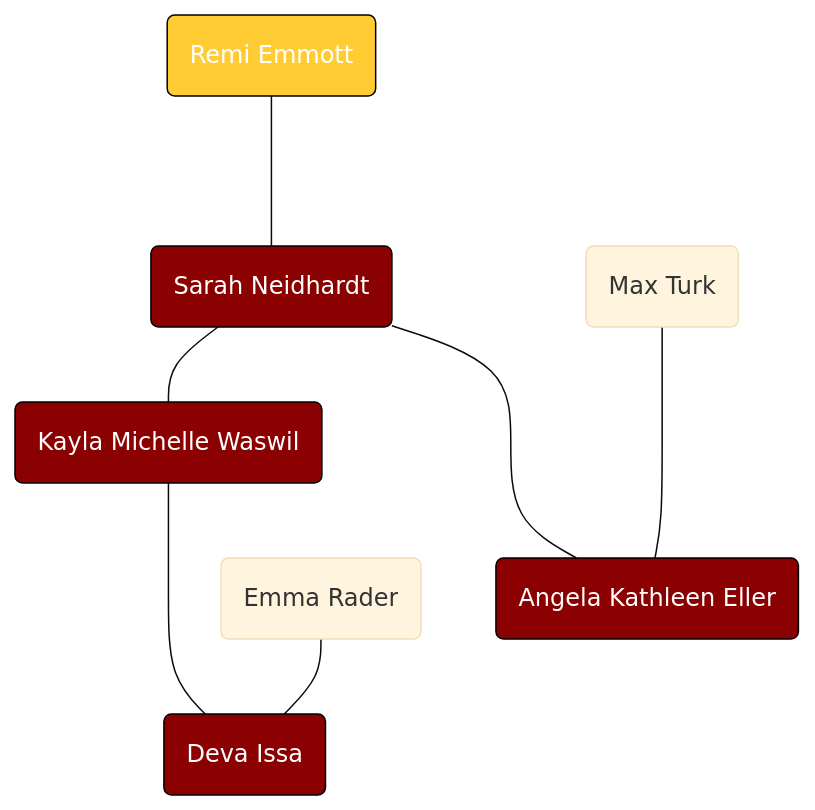
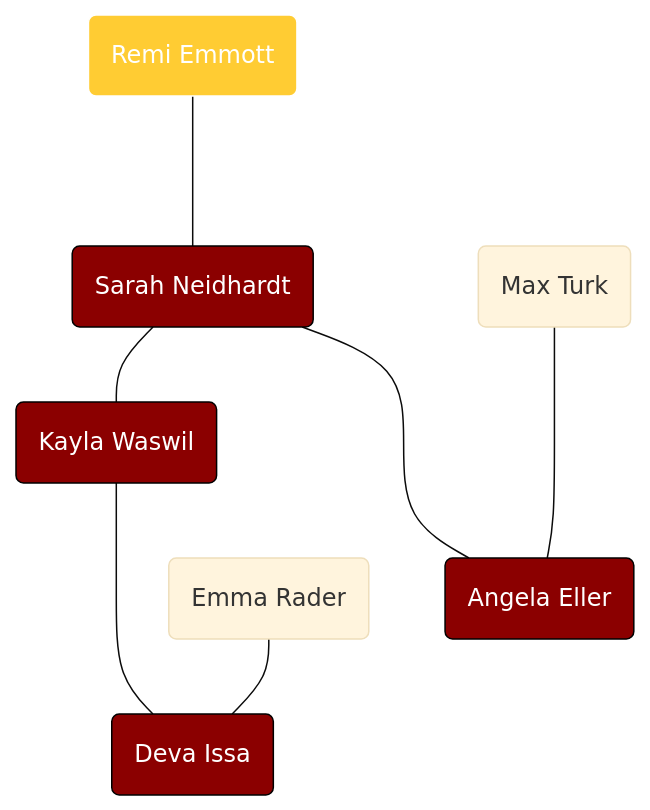
One commit to gianlezotte/familytree changed the diagram in Remi Emmott’s Line.md. Above: the diagram before and after it, drawn with Mermaid (base theme). The commit also changed 19 other files, not shown here.

````diff
--- a/Remi Emmott’s Line.md
+++ b/Remi Emmott’s Line.md
@@ -1,25 +1,25 @@
 ```mermaid
 flowchart TD
 
 %% Colors %%
 
 classDef red fill:#8B0000,stroke:#000,color:#FFF
-classDef gold fill:#FFCC33,stroke:#000,color:#FFF
+classDef gold fill:#FFCC33,stroke:#FFF,color:#FFF
 
 %% Remi Emmott's Line %%
 M229("Remi Emmott"):::gold
 M229----M247
 M247("Sarah Neidhardt"):::red
 M247---M261
 M247----M282
-M261("Kayla Michelle Waswil"):::red
+M261("Kayla Waswil"):::red
 M261----M305
-M282("Angela Kathleen Eller"):::red
+M282("Angela Eller"):::red
 M305("Deva Issa"):::red
 
 %% Co-Relationships & Current Pledges %%
 M256("Max Turk")
 M256----M282
 M288("Emma Rader")
 M288---M305
 ```
````
